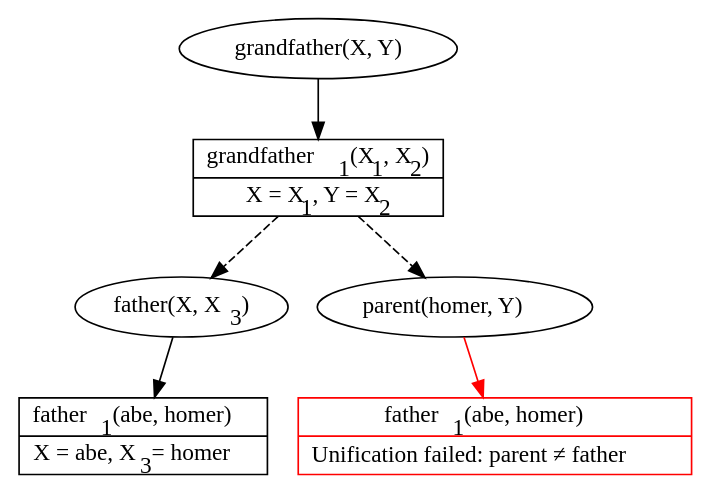
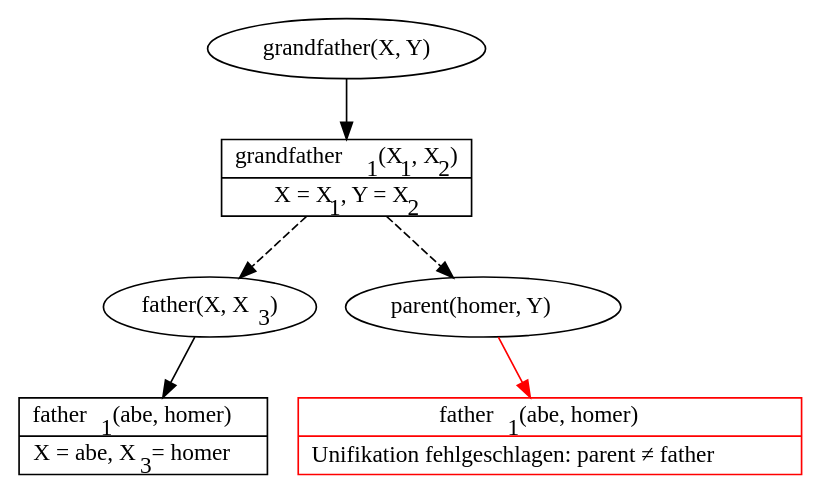
One commit to pbrinkmeier/viper changed the diagram in Documentation/Pflichtenheft/image/visualisation/05_subgoal_parent_fail.gv. Above: the diagram before and after it, drawn with Graphviz. The commit also changed 12 other files, not shown here.

```diff
--- a/Documentation/Pflichtenheft/image/visualisation/05_subgoal_parent_fail.gv
+++ b/Documentation/Pflichtenheft/image/visualisation/05_subgoal_parent_fail.gv
@@ -1,35 +1,35 @@
 digraph VIPER_visualization_root {
     node [fontname = "Fira Mono"];
 
     root [label = "grandfather(X, Y)"];
     root_success [
         // enables having multiple boxes inside a node
         shape = record,
         // using < and > instead of quotes for delimiting a label makes it possible to use (a subset of) HTML in it
         // { A | B } makes A and B be in two separate boxes stacked on top of each other
         label = <{grandfather<sub>1</sub>(X<sub>1</sub>, X<sub>2</sub>)|X = X<sub>1</sub>, Y = X<sub>2</sub>}>
     ];
     subgoal1 [label = <father(X, X<sub>3</sub>)>];
     subgoal2 [label = <parent(homer, Y)>];
     subgoal1_success [
         shape = record,
         label = <{father<sub>1</sub>(abe, homer)|X = abe, X<sub>3</sub> = homer}>
     ];
     subgoal2_fail [
         shape = record,
         color = red,
-        label = <{father<sub>1</sub>(abe, homer)|Unification failed: parent ≠ father}>
+        label = <{father<sub>1</sub>(abe, homer)|Unifikation fehlgeschlagen: parent ≠ father}>
     ];
 
     // this ensures that subgoal1 is always left of subgoal2
     // and that they are always on the same level
     // try commenting the rank = same line and see what happens
     {rank = same; subgoal1; subgoal2}
     subgoal1 -> subgoal2 [style = invis];
 
     root -> root_success;
     root_success -> subgoal1 [style = dashed];
     root_success -> subgoal2 [style = dashed];
     subgoal1 -> subgoal1_success;
     subgoal2 -> subgoal2_fail [color = red];
 }
```
